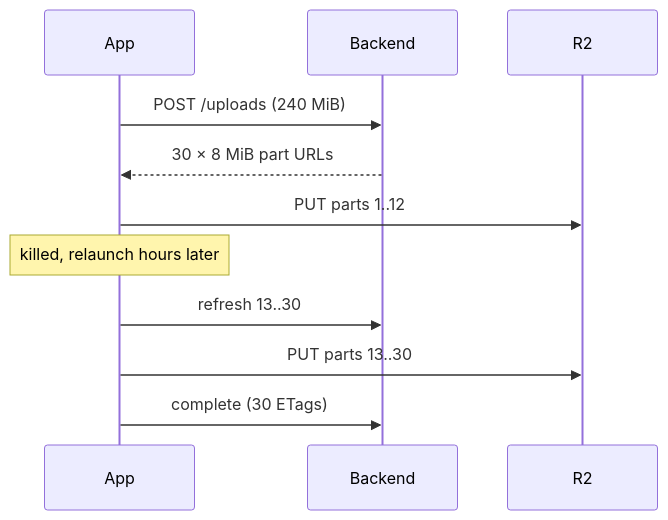
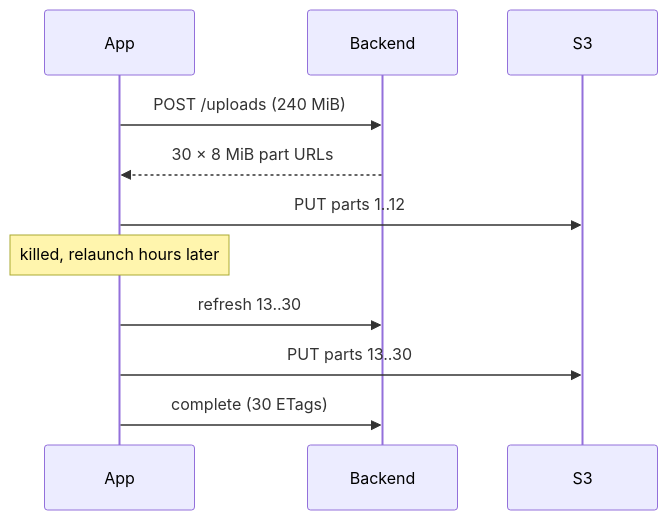
Before and after one commit to DAMHONGDUC/site-log-ios: the second of 8 diagrams in docs/feature-guide/S4-resumable-upload/F07-resumable-upload.md, drawn with Mermaid. The commit also changed other lines of this file and 33 other files, not shown here.

````diff
--- a/docs/feature-guide/S4-resumable-upload/F07-resumable-upload.md
+++ b/docs/feature-guide/S4-resumable-upload/F07-resumable-upload.md
@@ -92,13 +91,13 @@
 ```mermaid
 sequenceDiagram
     participant App
     participant BE as Backend
-    participant R2
+    participant S3
     App->>BE: POST /uploads (240 MiB)
     BE-->>App: 30 × 8 MiB part URLs
-    App->>R2: PUT parts 1..12
+    App->>S3: PUT parts 1..12
     Note over App: killed, relaunch hours later
     App->>BE: refresh 13..30
-    App->>R2: PUT parts 13..30
+    App->>S3: PUT parts 13..30
     App->>BE: complete (30 ETags)
 ```
````
